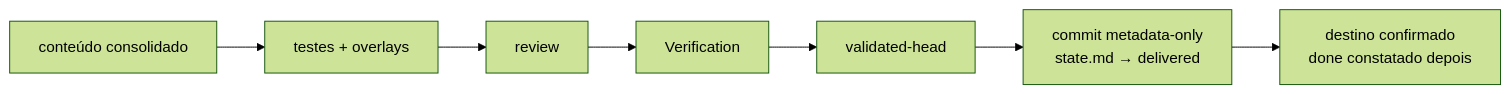
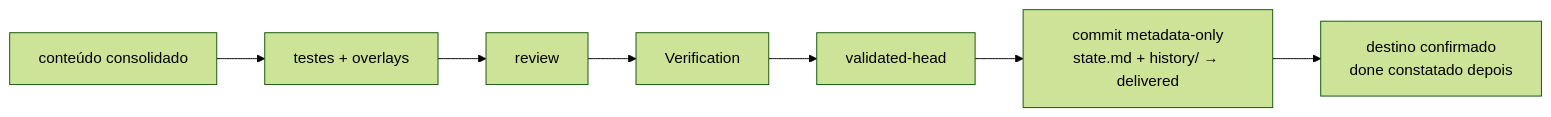
One commit to rpelizza/PelizzAI changed the third of 4 diagrams in README.md. Above: the diagram before and after it, drawn with Mermaid (forest theme). The commit also changed other lines of this file and 33 other files, not shown here.

````diff
--- a/README.md
+++ b/README.md
@@ -276,9 +278,9 @@
 ```mermaid
 flowchart LR
     C["conteúdo consolidado"] --> T["testes + overlays"]
     T --> R["review"]
     R --> V["Verification"]
     V --> S["validated-head"]
-    S --> M["commit metadata-only<br/>state.md → delivered"]
+    S --> M["commit metadata-only<br/>state.md + history/ → delivered"]
     M --> X["destino confirmado<br/>done constatado depois"]
 ```
````
